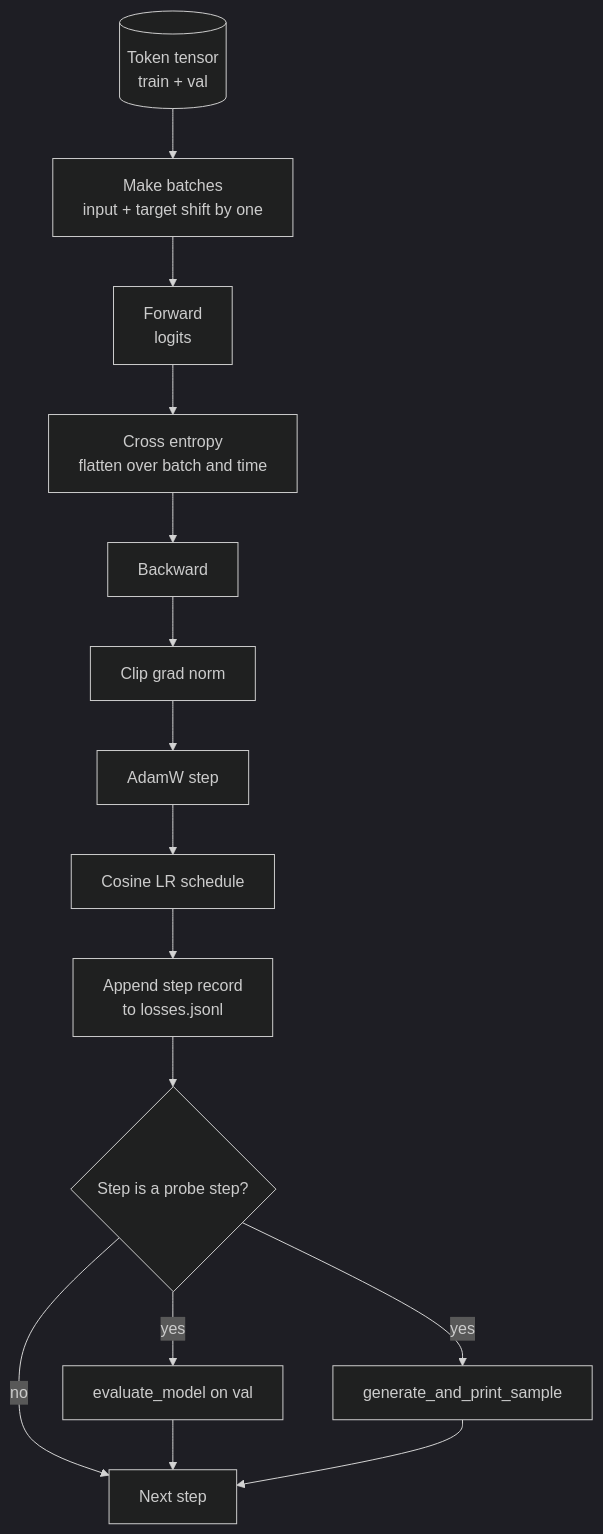
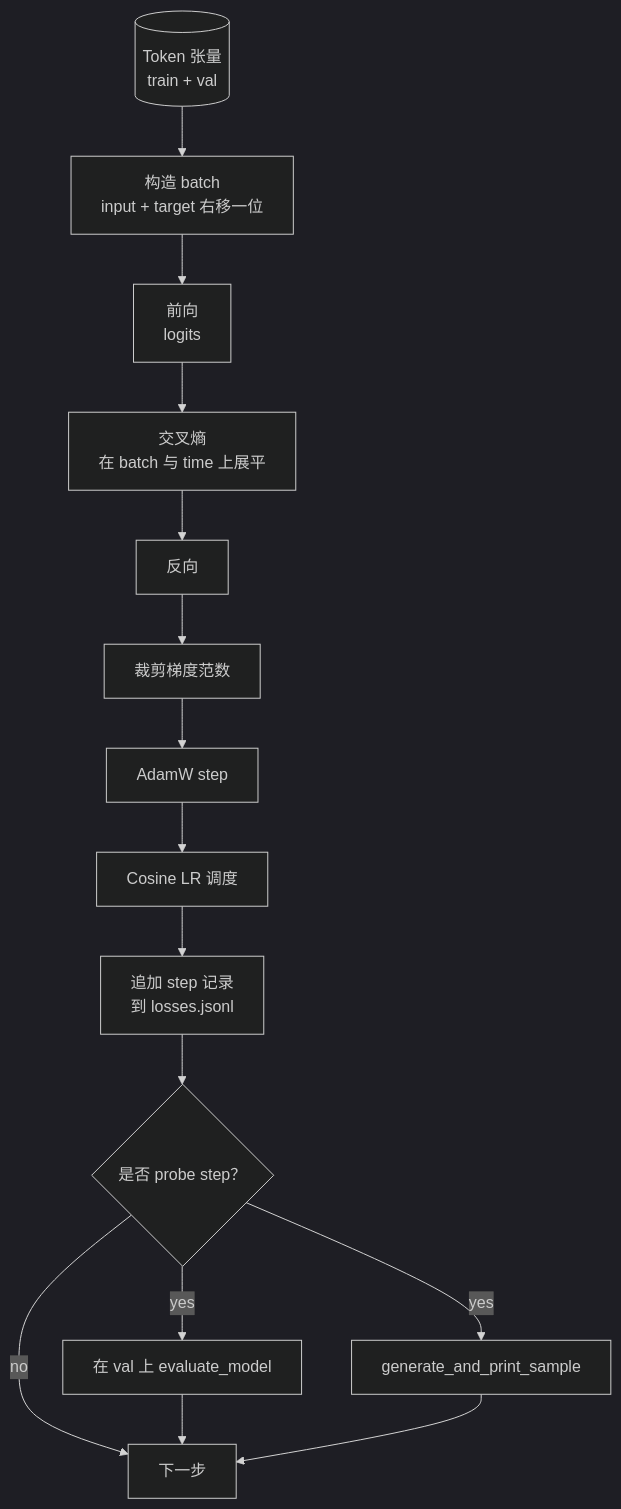
One commit to JerryC8080/ai-engineering-from-scratch-zh changed the diagram in phases/19-capstone-projects/36-training-loop-eval/docs/zh.md. Above: the diagram before and after it, drawn with Mermaid (dark theme). The commit also changed 156 other files, not shown here.

First line of the commit message:
i18n(zh): translate mermaid diagram labels in 157 lesson zh.md

````diff
--- a/phases/19-capstone-projects/36-training-loop-eval/docs/zh.md
+++ b/phases/19-capstone-projects/36-training-loop-eval/docs/zh.md
@@ -29,17 +29,17 @@
 ```mermaid
 flowchart TB
-  D[(Token tensor<br/>train + val)] --> B[Make batches<br/>input + target shift by one]
-  B --> F[Forward<br/>logits]
-  F --> L[Cross entropy<br/>flatten over batch and time]
-  L --> Bw[Backward]
-  Bw --> Cg[Clip grad norm]
+  D[(Token 张量<br/>train + val)] --> B[构造 batch<br/>input + target 右移一位]
+  B --> F[前向<br/>logits]
+  F --> L[交叉熵<br/>在 batch 与 time 上展平]
+  L --> Bw[反向]
+  Bw --> Cg[裁剪梯度范数]
   Cg --> Step[AdamW step]
-  Step --> Sched[Cosine LR schedule]
-  Sched --> JL[Append step record<br/>to losses.jsonl]
-  JL --> Probe{Step is a probe step?}
-  Probe -- yes --> Eval[evaluate_model on val]
+  Step --> Sched[Cosine LR 调度]
+  Sched --> JL[追加 step 记录<br/>到 losses.jsonl]
+  JL --> Probe{是否 probe step？}
+  Probe -- yes --> Eval[在 val 上 evaluate_model]
   Probe -- yes --> Sample[generate_and_print_sample]
-  Probe -- no --> Next[Next step]
+  Probe -- no --> Next[下一步]
   Eval --> Next
   Sample --> Next
 ```
````
